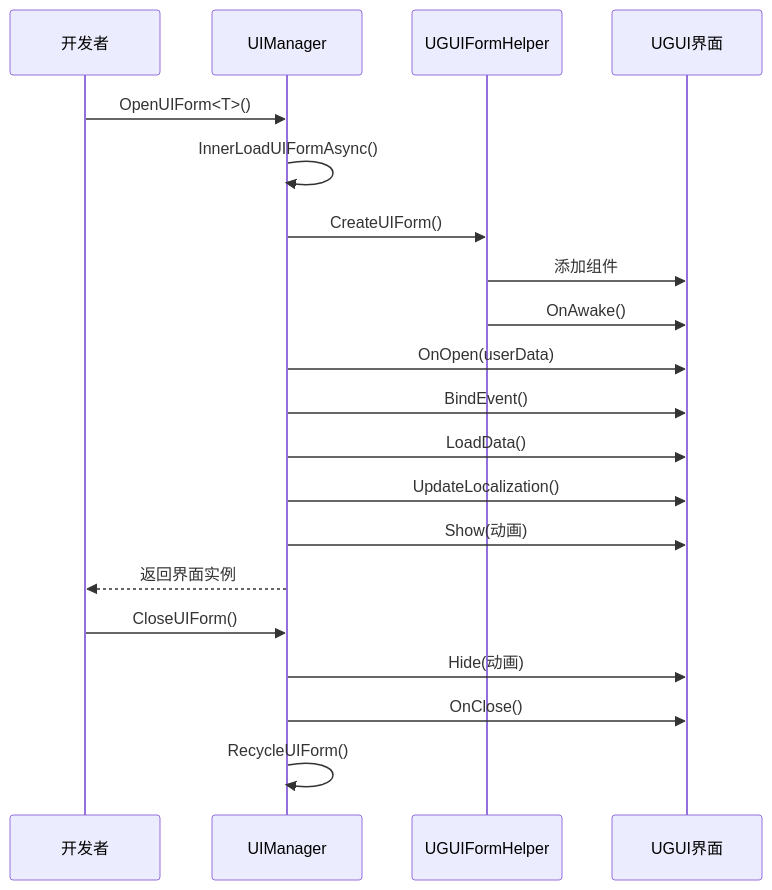
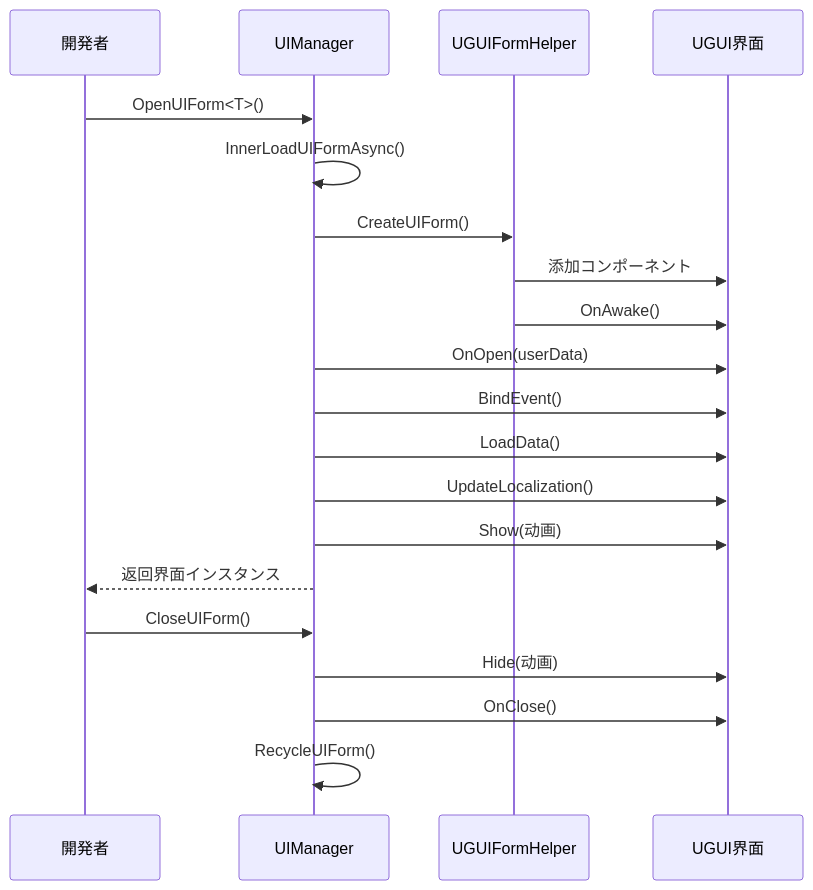
The second of 2 diagrams in docs/ja/client/unity/component/ui-ugui/13.create-ui.md (AlianBlank/GameFrameX.Docs), drawn with Mermaid before and after one commit. The commit also changed other lines of this file and 603 other files, not shown here.

````diff
--- a/docs/ja/client/unity/component/ui-ugui/13.create-ui.md
+++ b/docs/ja/client/unity/component/ui-ugui/13.create-ui.md
@@ -227,24 +227,24 @@
 ```mermaid
 sequenceDiagram
-    participant Dev as 开发者
+    participant Dev as 開発者
     participant UI as UIManager
     participant Helper as UGUIFormHelper
     participant Form as UGUI界面
 
     Dev->>UI: OpenUIForm<T>()
     UI->>UI: InnerLoadUIFormAsync()
     UI->>Helper: CreateUIForm()
-    Helper->>Form: 添加组件
+    Helper->>Form: 添加コンポーネント
     Helper->>Form: OnAwake()
     UI->>Form: OnOpen(userData)
     UI->>Form: BindEvent()
     UI->>Form: LoadData()
     UI->>Form: UpdateLocalization()
     UI->>Form: Show(动画)
-    UI-->>Dev: 返回界面实例
+    UI-->>Dev: 返回界面インスタンス
 
     Dev->>UI: CloseUIForm()
     UI->>Form: Hide(动画)
     UI->>Form: OnClose()
     UI->>UI: RecycleUIForm()
 ```
````
